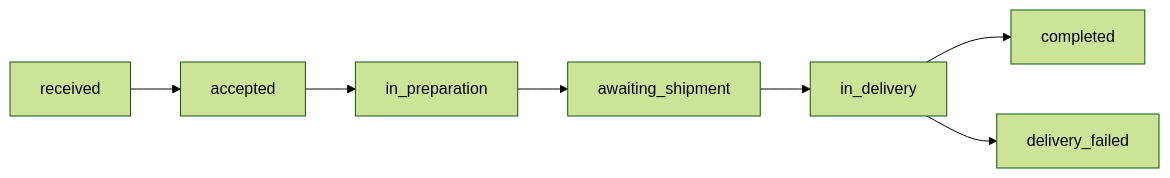
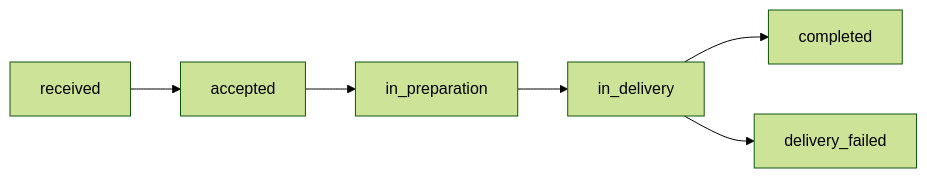
One commit to chataigne-ai/docs changed the first of 2 diagrams in integration-pos/orders-architecture.mdx. Above: the diagram before and after it, drawn with Mermaid (forest theme). The commit also changed other lines of this file and 1 other file, not shown here.

````diff
--- a/integration-pos/orders-architecture.mdx
+++ b/integration-pos/orders-architecture.mdx
@@ -278,9 +278,8 @@
     ```mermaid
     graph LR
       received --> accepted
       accepted --> in_preparation
-      in_preparation --> awaiting_shipment
-      awaiting_shipment --> in_delivery
+      in_preparation --> in_delivery
       in_delivery --> completed
       in_delivery --> delivery_failed
     ```
````
